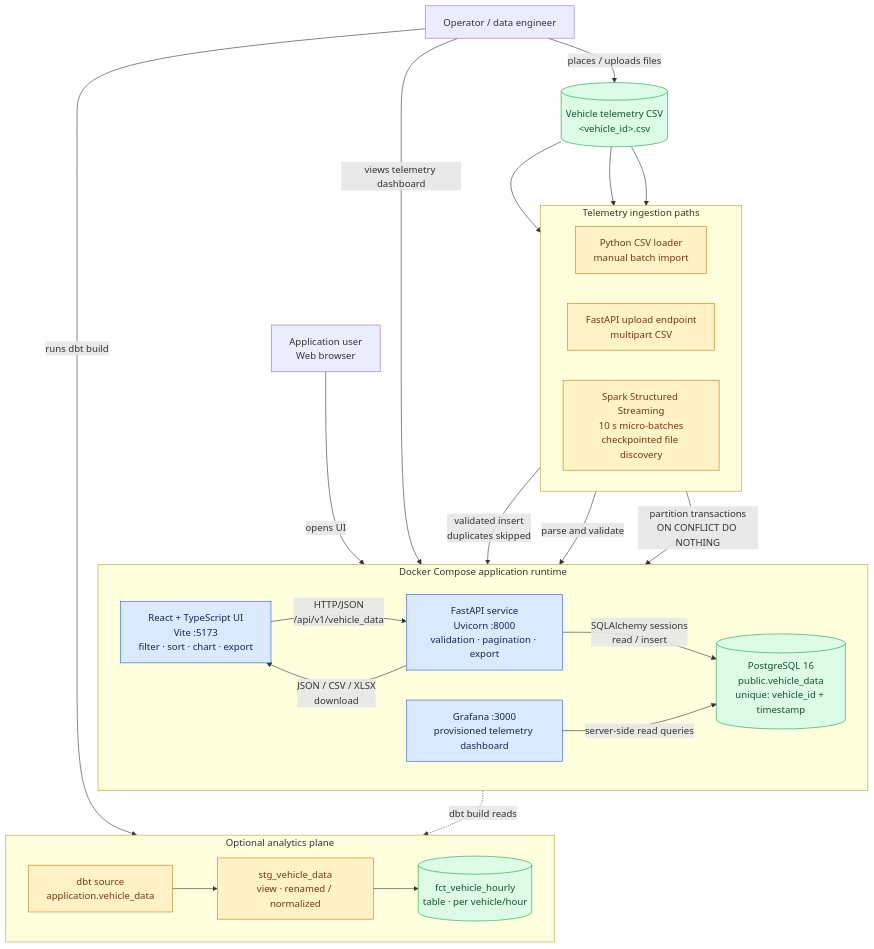
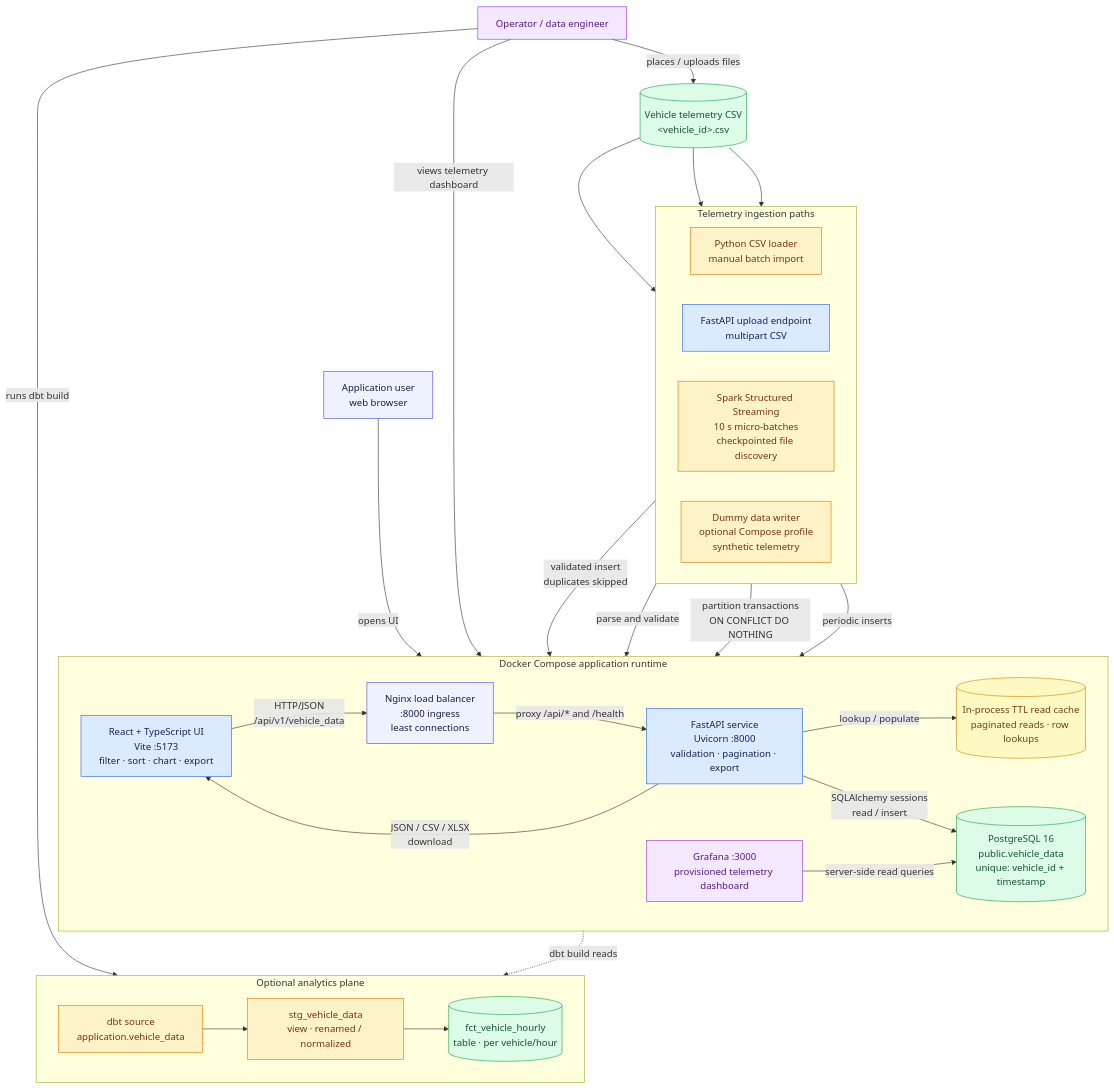
The diagram in docs/system-architecture.md (MDSYN2019/volteras_test), drawn with Mermaid before and after one commit. The commit also changed other lines of this file and 10 other files, not shown here.

Commit message:
Polish system architecture documentation

````diff
--- a/docs/system-architecture.md
+++ b/docs/system-architecture.md
@@ -10,53 +10,59 @@
 ```mermaid
 flowchart TB
-    operator["Operator / data engineer"]
-    user["Application user<br/>Web browser"]
-    csv[("Vehicle telemetry CSV<br/>&lt;vehicle_id&gt;.csv")]
+    classDef client fill:#eef2ff,stroke:#4f46e5,color:#1e1b4b;
+    classDef app fill:#dbeafe,stroke:#2563eb,color:#172554;
+    classDef cache fill:#fef9c3,stroke:#ca8a04,color:#713f12;
+    classDef store fill:#dcfce7,stroke:#16a34a,color:#14532d;
+    classDef optional fill:#fef3c7,stroke:#d97706,color:#78350f;
+    classDef ops fill:#f3e8ff,stroke:#9333ea,color:#581c87;
 
-    subgraph runtime["Docker Compose application runtime"]
+    operator[Operator / data engineer]:::ops
+    user[Application user<br/>web browser]:::client
+    csv[(Vehicle telemetry CSV<br/>&lt;vehicle_id&gt;.csv)]:::store
+
+    subgraph runtime[Docker Compose application runtime]
         direction LR
-        frontend["React + TypeScript UI<br/>Vite :5173<br/>filter · sort · chart · export"]
-        api["FastAPI service<br/>Uvicorn :8000<br/>validation · pagination · export"]
-        postgres[("PostgreSQL 16<br/>public.vehicle_data<br/>unique: vehicle_id + timestamp")]
-        grafana["Grafana :3000<br/>provisioned telemetry dashboard"]
+        frontend[React + TypeScript UI<br/>Vite :5173<br/>filter · sort · chart · export]:::app
+        lb[Nginx load balancer<br/>:8000 ingress<br/>least connections]:::client
+        api[FastAPI service<br/>Uvicorn :8000<br/>validation · pagination · export]:::app
+        cache[(In-process TTL read cache<br/>paginated reads · row lookups)]:::cache
+        postgres[(PostgreSQL 16<br/>public.vehicle_data<br/>unique: vehicle_id + timestamp)]:::store
+        grafana[Grafana :3000<br/>provisioned telemetry dashboard]:::ops
 
-        frontend -->|"HTTP/JSON<br/>/api/v1/vehicle_data"| api
-        api -->|"SQLAlchemy sessions<br/>read / insert"| postgres
-        api -->|"JSON / CSV / XLSX<br/>download"| frontend
-        grafana -->|"server-side read queries"| postgres
+        frontend -->|HTTP/JSON<br/>/api/v1/vehicle_data| lb
+        lb -->|proxy /api/* and /health| api
+        api -->|lookup / populate| cache
+        api -->|SQLAlchemy sessions<br/>read / insert| postgres
+        api -->|JSON / CSV / XLSX<br/>download| frontend
+        grafana -->|server-side read queries| postgres
     end
 
-    subgraph ingestion["Telemetry ingestion paths"]
+    subgraph ingestion[Telemetry ingestion paths]
         direction LR
-        cli["Python CSV loader<br/>manual batch import"]
-        upload["FastAPI upload endpoint<br/>multipart CSV"]
-        spark["Spark Structured Streaming<br/>10 s micro-batches<br/>checkpointed file discovery"]
+        cli[Python CSV loader<br/>manual batch import]:::optional
+        upload[FastAPI upload endpoint<br/>multipart CSV]:::app
+        spark[Spark Structured Streaming<br/>10 s micro-batches<br/>checkpointed file discovery]:::optional
+        dummy[Dummy data writer<br/>optional Compose profile<br/>synthetic telemetry]:::optional
     end
 
-    subgraph analytics["Optional analytics plane"]
+    subgraph analytics[Optional analytics plane]
         direction LR
-        source["dbt source<br/>application.vehicle_data"]
-        staging["stg_vehicle_data<br/>view · renamed / normalized"]
-        mart[("fct_vehicle_hourly<br/>table · per vehicle/hour")]
+        source[dbt source<br/>application.vehicle_data]:::optional
+        staging[stg_vehicle_data<br/>view · renamed / normalized]:::optional
+        mart[(fct_vehicle_hourly<br/>table · per vehicle/hour)]:::store
         source --> staging --> mart
     end
 
-    user -->|"opens UI"| frontend
-    operator -->|"views telemetry dashboard"| grafana
-    operator -->|"places / uploads files"| csv
+    user -->|opens UI| frontend
+    operator -->|views telemetry dashboard| grafana
+    operator -->|places / uploads files| csv
     csv --> cli
     csv --> upload
     csv --> spark
-    cli -->|"validated insert<br/>duplicates skipped"| postgres
-    upload -->|"parse and validate"| api
-    spark -->|"partition transactions<br/>ON CONFLICT DO NOTHING"| postgres
-    postgres -.->|"dbt build reads"| source
-    operator -->|"runs dbt build"| source
-
-    classDef primary fill:#dbeafe,stroke:#2563eb,color:#172554;
-    classDef store fill:#dcfce7,stroke:#16a34a,color:#14532d;
-    classDef optional fill:#fef3c7,stroke:#d97706,color:#78350f;
-    class frontend,api,grafana primary;
-    class postgres,csv,mart store;
-    class cli,upload,spark,source,staging optional;
+    cli -->|validated insert<br/>duplicates skipped| postgres
+    upload -->|parse and validate| api
+    spark -->|partition transactions<br/>ON CONFLICT DO NOTHING| postgres
+    dummy -->|periodic inserts| postgres
+    postgres -.->|dbt build reads| source
+    operator -->|runs dbt build| source
 ```
````
